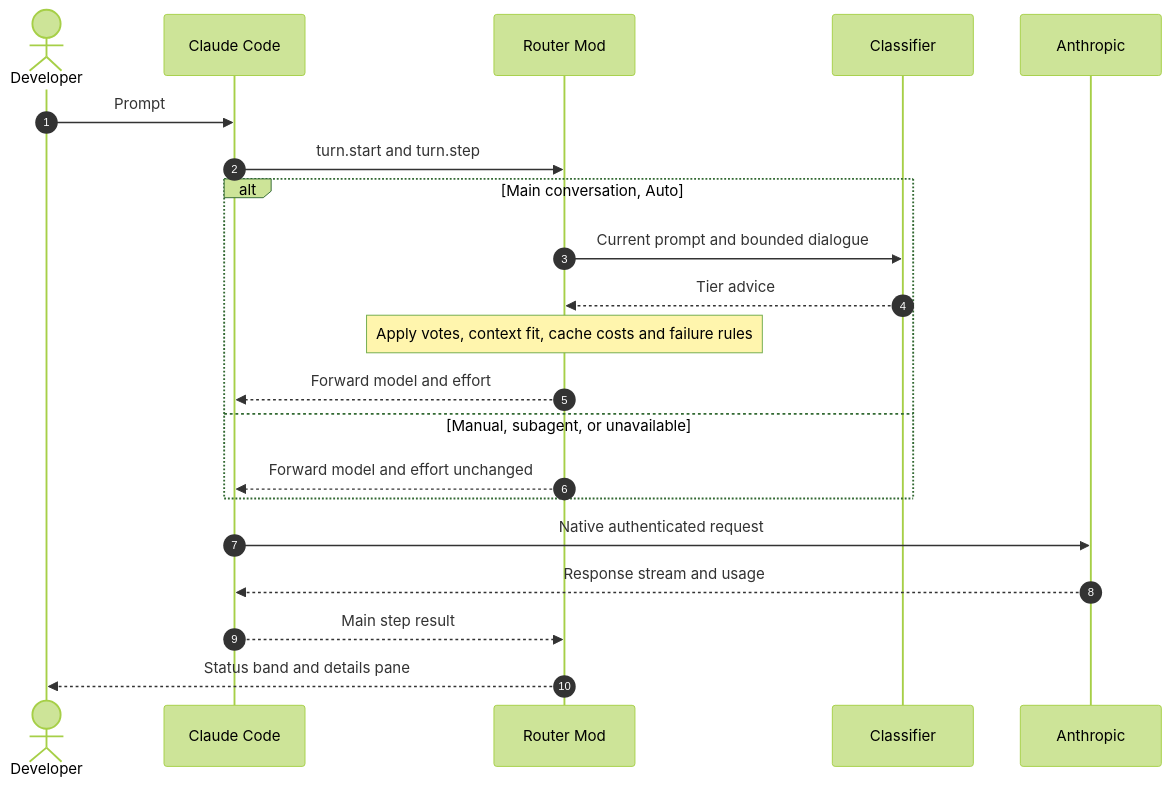
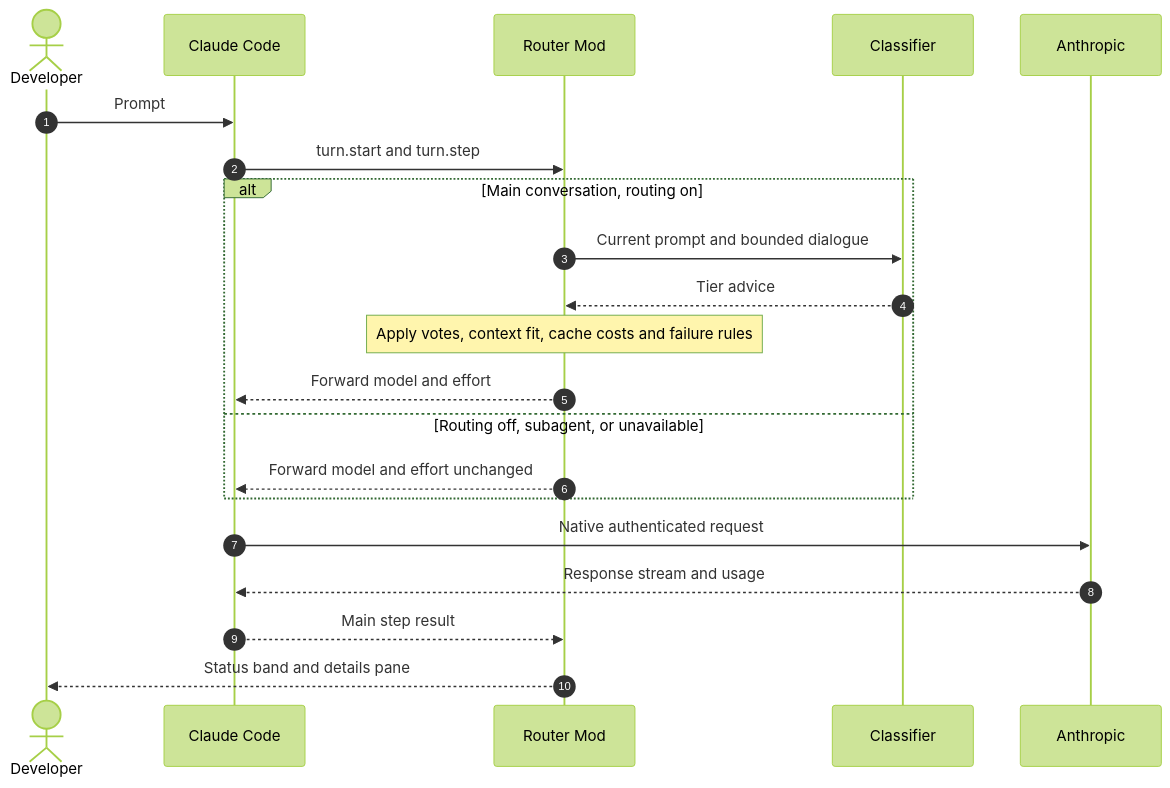
The diagram in docs/architecture.md (alexei-led/claude-router), drawn with Mermaid (forest theme) before and after one commit. The commit also changed other lines of this file and 19 other files, not shown here.

````diff
--- a/docs/architecture.md
+++ b/docs/architecture.md
@@ -7,23 +7,23 @@
 ```mermaid
 sequenceDiagram
     autonumber
     actor Dev as Developer
     participant Code as Claude Code
     participant Mod as Router Mod
     participant Cls as Classifier
     participant API as Anthropic
     Dev->>Code: Prompt
     Code->>Mod: turn.start and turn.step
-    alt Main conversation, Auto
+    alt Main conversation, routing on
         Mod->>Cls: Current prompt and bounded dialogue
         Cls-->>Mod: Tier advice
         Note over Mod: Apply votes, context fit, cache costs and failure rules
         Mod-->>Code: Forward model and effort
-    else Manual, subagent, or unavailable
+    else Routing off, subagent, or unavailable
         Mod-->>Code: Forward model and effort unchanged
     end
     Code->>API: Native authenticated request
     API-->>Code: Response stream and usage
     Code-->>Mod: Main step result
     Mod-->>Dev: Status band and details pane
 ```
````
